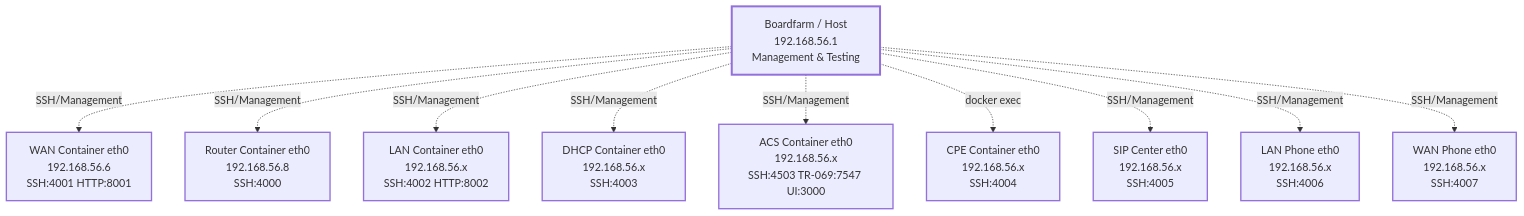
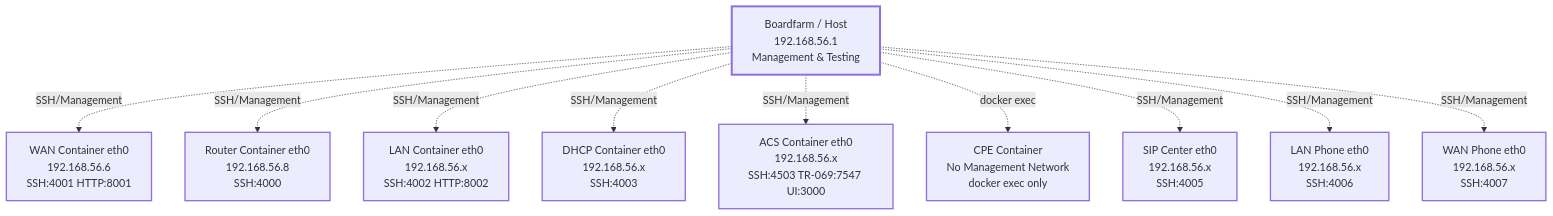
One commit to alottabits/boardfarm-bdd changed the first of 2 diagrams in docs/Testbed Network Topology.md. Above: the diagram before and after it, drawn with Mermaid. The commit also changed other lines of this file and 3 other files, not shown here.

````diff
--- a/docs/Testbed Network Topology.md
+++ b/docs/Testbed Network Topology.md
@@ -40,33 +40,33 @@
 ```mermaid
 flowchart TB
     MGMT[Boardfarm / Host<br/>192.168.56.1<br/>Management & Testing]
     
     WAN_MGMT[WAN Container eth0<br/>192.168.56.6<br/>SSH:4001 HTTP:8001]
     ROUTER_MGMT[Router Container eth0<br/>192.168.56.8<br/>SSH:4000]
     LAN_MGMT[LAN Container eth0<br/>192.168.56.x<br/>SSH:4002 HTTP:8002]
     DHCP_MGMT[DHCP Container eth0<br/>192.168.56.x<br/>SSH:4003]
     ACS_MGMT[ACS Container eth0<br/>192.168.56.x<br/>SSH:4503 TR-069:7547 UI:3000]
-    CPE_MGMT[CPE Container eth0<br/>192.168.56.x<br/>SSH:4004]
+    CPE_MGMT[CPE Container<br/>No Management Network<br/>docker exec only]
     SIP_MGMT[SIP Center eth0<br/>192.168.56.x<br/>SSH:4005]
     LAN_PHONE_MGMT[LAN Phone eth0<br/>192.168.56.x<br/>SSH:4006]
     WAN_PHONE_MGMT[WAN Phone eth0<br/>192.168.56.x<br/>SSH:4007]
     
        
     %% Management Connections
     MGMT -.->|SSH/Management| WAN_MGMT
     MGMT -.->|SSH/Management| ROUTER_MGMT
     MGMT -.->|SSH/Management| LAN_MGMT
     MGMT -.->|SSH/Management| DHCP_MGMT
     MGMT -.->|SSH/Management| ACS_MGMT
     MGMT -.->|docker exec| CPE_MGMT
     MGMT -.->|SSH/Management| SIP_MGMT
     MGMT -.->|SSH/Management| LAN_PHONE_MGMT
     MGMT -.->|SSH/Management| WAN_PHONE_MGMT
     
     %% Styling
     classDef mgmt stroke-width:3px
     classDef management stroke-width:2px
     
     class MGMT mgmt
     class WAN_MGMT,ROUTER_MGMT,LAN_MGMT,DHCP_MGMT,ACS_MGMT,CPE_MGMT,SIP_MGMT,LAN_PHONE_MGMT,WAN_PHONE_MGMT management
 ```
````
